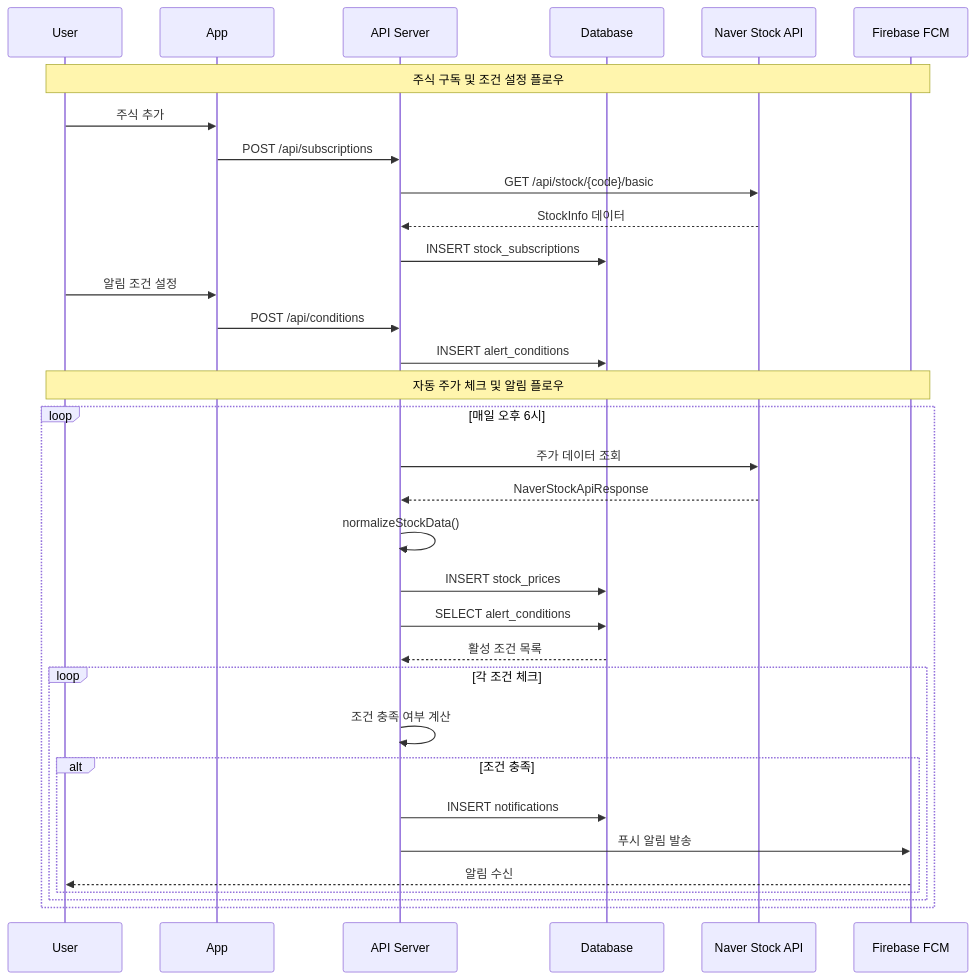
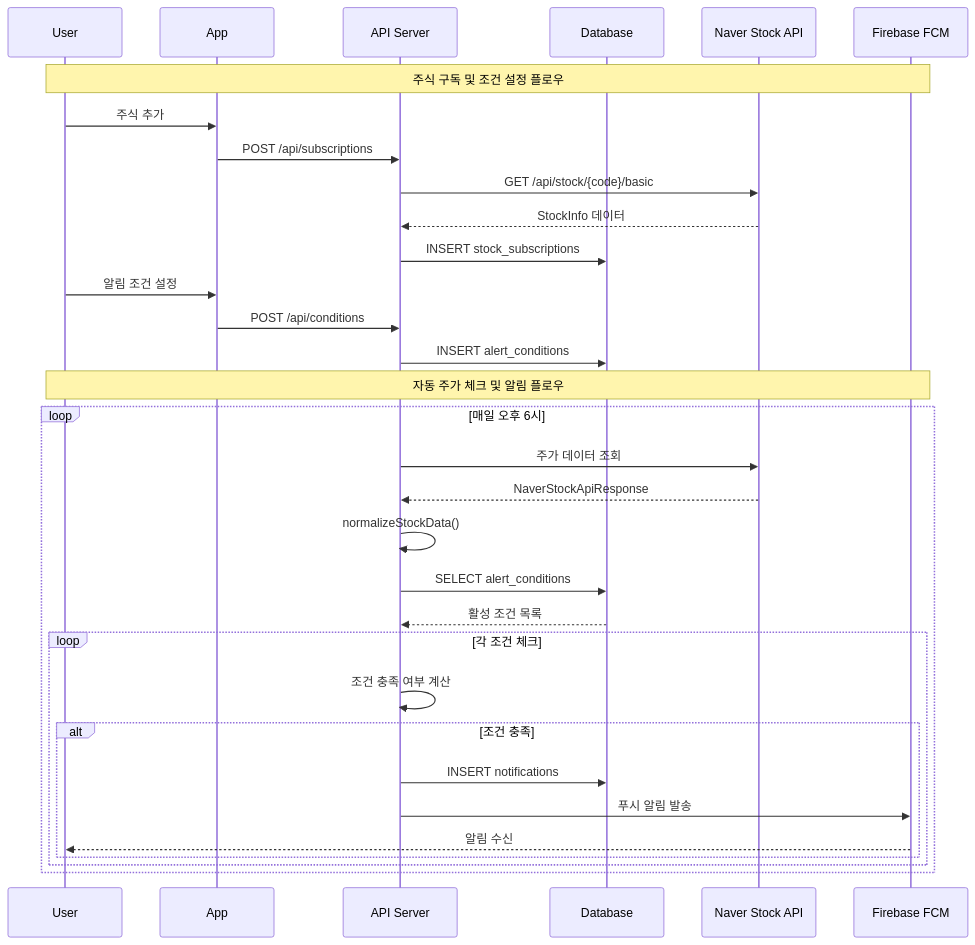
The third of 9 diagrams in docs/database-diagrams.md (wnltns/stock-alert), drawn with Mermaid before and after one commit. The commit also changed other lines of this file and 18 other files, not shown here.

````diff
--- a/docs/database-diagrams.md
+++ b/docs/database-diagrams.md
@@ -148,43 +128,42 @@
 ```mermaid
 sequenceDiagram
     participant U as User
     participant A as App
     participant API as API Server
     participant DB as Database
     participant SP as Naver Stock API
     participant FCM as Firebase FCM
     
     Note over U,FCM: 주식 구독 및 조건 설정 플로우
     
     U->>A: 주식 추가
     A->>API: POST /api/subscriptions
     API->>SP: GET /api/stock/{code}/basic
     SP-->>API: StockInfo 데이터
     API->>DB: INSERT stock_subscriptions
     
     U->>A: 알림 조건 설정
     A->>API: POST /api/conditions
     API->>DB: INSERT alert_conditions
     
     Note over U,FCM: 자동 주가 체크 및 알림 플로우
     
     loop 매일 오후 6시
         API->>SP: 주가 데이터 조회
         SP-->>API: NaverStockApiResponse
         API->>API: normalizeStockData()
-        API->>DB: INSERT stock_prices
         
         API->>DB: SELECT alert_conditions
         DB-->>API: 활성 조건 목록
         
         loop 각 조건 체크
             API->>API: 조건 충족 여부 계산
             
             alt 조건 충족
                 API->>DB: INSERT notifications
                 API->>FCM: 푸시 알림 발송
                 FCM-->>U: 알림 수신
             end
         end
     end
 ```
````
